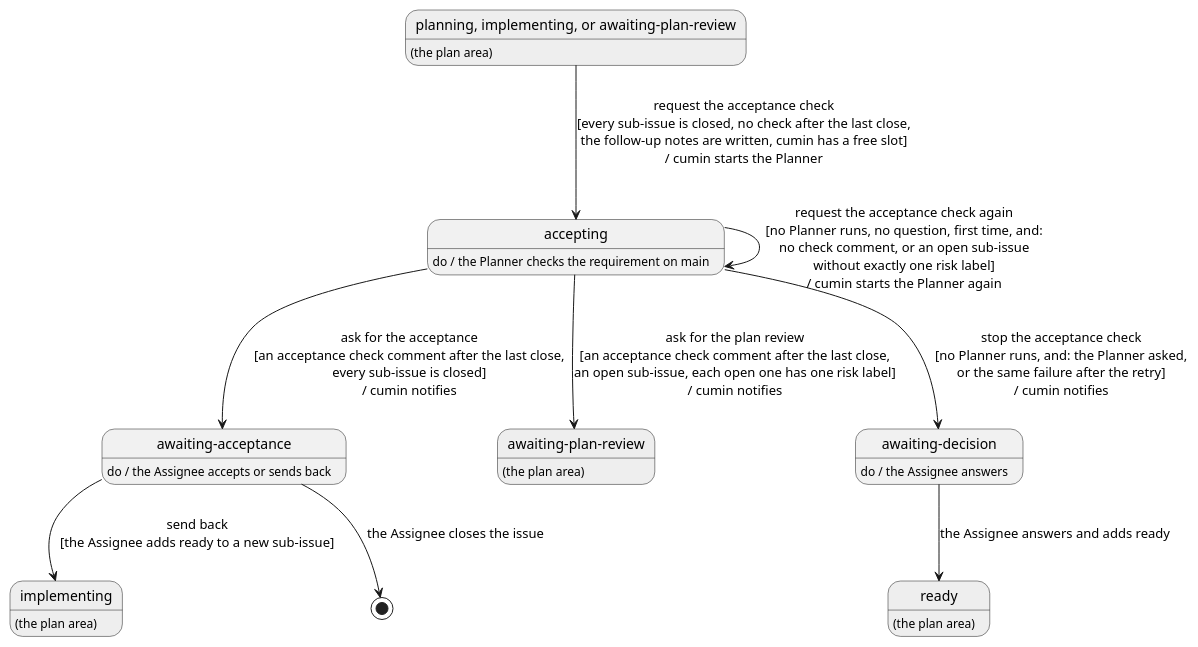
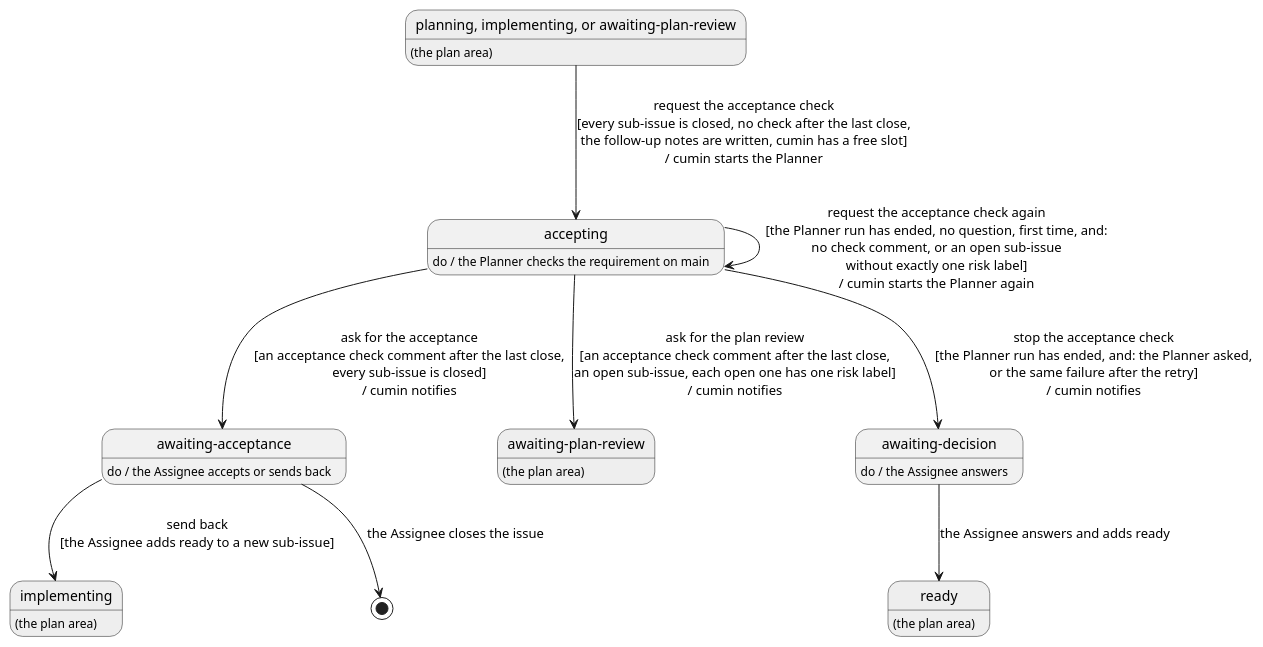
Before and after one commit to cloveclovedev/cumin-works: the diagram in docs/ja/requirements/accept/overview.puml, drawn with PlantUML. The commit also changed 21 other files, not shown here.

First line of the commit message:
docs(requirements): revise IMPL and state permission checks and ended runs plainly

```diff
--- a/docs/ja/requirements/accept/overview.puml
+++ b/docs/ja/requirements/accept/overview.puml
@@ -1,39 +1,39 @@
 @startuml overview
 ' cumin-works - the states of a requirement issue in the acceptance stage.
 ' A state is a label on GitHub, written without "cumin/status/". "do /" says who works in the state.
 ' A transition is written: action [guard] / what cumin does. A gray state belongs to another area.
 ' Render: run scripts/render-diagrams.sh at the root of the repository.
 
 hide empty description
 
 state "planning, implementing, or awaiting-plan-review" as Before #EEEEEE
 Before : (the plan area)
 
 state "accepting" as Accepting
 Accepting : do / the Planner checks the requirement on main
 
 state "awaiting-acceptance" as AwaitingAcceptance
 AwaitingAcceptance : do / the Assignee accepts or sends back
 
 state "awaiting-plan-review" as PlanReview #EEEEEE
 PlanReview : (the plan area)
 
 state "implementing" as Implementing #EEEEEE
 Implementing : (the plan area)
 
 state "awaiting-decision" as Decision
 Decision : do / the Assignee answers
 
 state "ready" as Ready #EEEEEE
 Ready : (the plan area)
 
 Before --> Accepting : request the acceptance check\n[every sub-issue is closed, no check after the last close,\nthe follow-up notes are written, cumin has a free slot]\n/ cumin starts the Planner
 Accepting --> AwaitingAcceptance : ask for the acceptance\n[an acceptance check comment after the last close,\nevery sub-issue is closed]\n/ cumin notifies
 Accepting --> PlanReview : ask for the plan review\n[an acceptance check comment after the last close,\nan open sub-issue, each open one has one risk label]\n/ cumin notifies
-Accepting --> Accepting : request the acceptance check again\n[no Planner runs, no question, first time, and:\nno check comment, or an open sub-issue\nwithout exactly one risk label]\n/ cumin starts the Planner again
-Accepting --> Decision : stop the acceptance check\n[no Planner runs, and: the Planner asked,\nor the same failure after the retry]\n/ cumin notifies
+Accepting --> Accepting : request the acceptance check again\n[the Planner run has ended, no question, first time, and:\nno check comment, or an open sub-issue\nwithout exactly one risk label]\n/ cumin starts the Planner again
+Accepting --> Decision : stop the acceptance check\n[the Planner run has ended, and: the Planner asked,\nor the same failure after the retry]\n/ cumin notifies
 AwaitingAcceptance --> [*] : the Assignee closes the issue
 AwaitingAcceptance --> Implementing : send back\n[the Assignee adds ready to a new sub-issue]
 Decision --> Ready : the Assignee answers and adds ready
 
 @enduml
```
